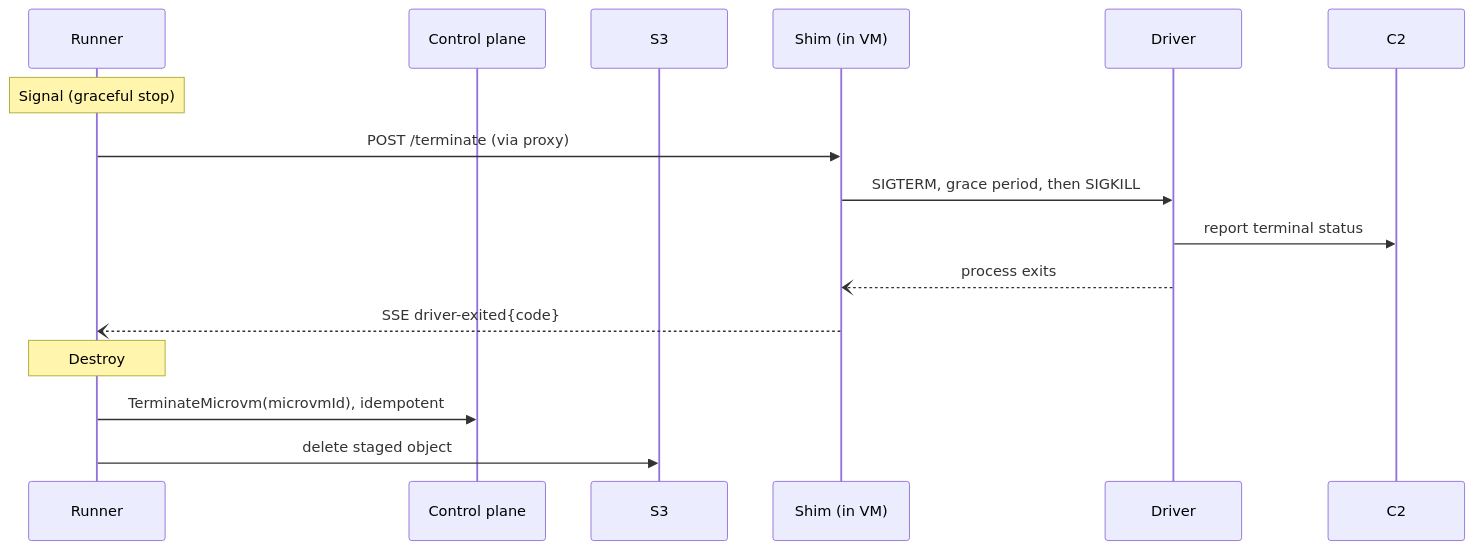
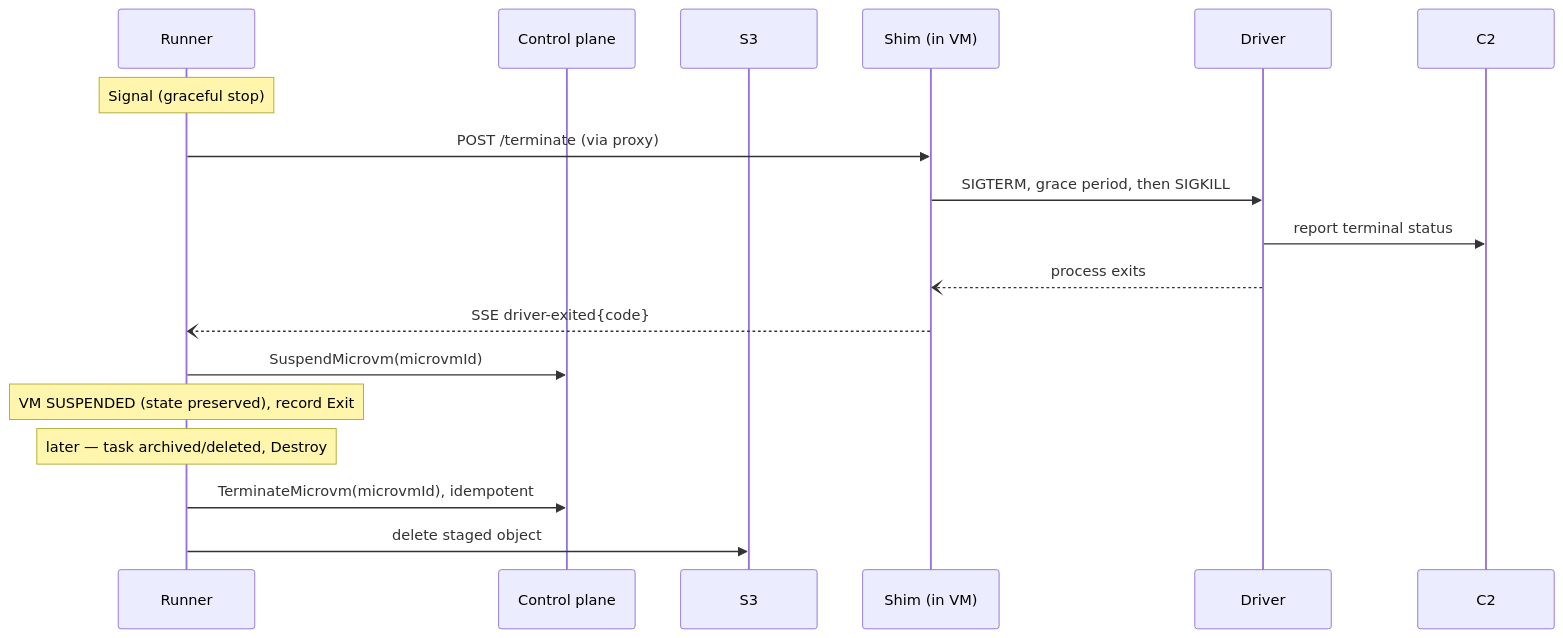
One commit to icholy/xagent changed the fourth of 4 diagrams in proposals/draft/lambda-microvm-backend.md. Above: the diagram before and after it, drawn with Mermaid. The commit also changed other lines of this file, not shown here.

Commit message:
proposal: suspend lambda-microvm on driver exit, terminate only on archive

````diff
--- a/proposals/draft/lambda-microvm-backend.md
+++ b/proposals/draft/lambda-microvm-backend.md
@@ -282,19 +352,22 @@
 ```mermaid
 sequenceDiagram
     participant R as Runner
     participant CP as Control plane
     participant S3
     participant Shim as Shim (in VM)
     participant Drv as Driver
     participant C2
 
     Note over R: Signal (graceful stop)
     R->>Shim: POST /terminate (via proxy)
     Shim->>Drv: SIGTERM, grace period, then SIGKILL
     Drv->>C2: report terminal status
     Drv--)Shim: process exits
     Shim--)R: SSE driver-exited{code}
-    Note over R: Destroy
+    R->>CP: SuspendMicrovm(microvmId)
+    Note over R: VM SUSPENDED (state preserved), record Exit
+
+    Note over R: later — task archived/deleted, Destroy
     R->>CP: TerminateMicrovm(microvmId), idempotent
     R->>S3: delete staged object
 ```
````
